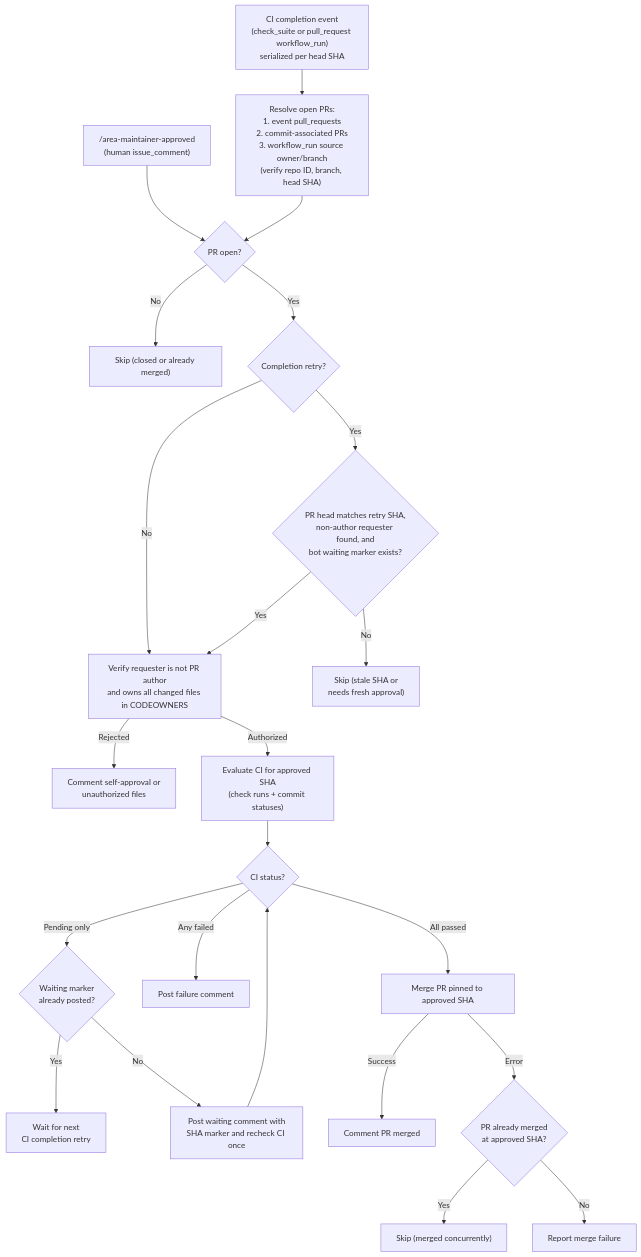
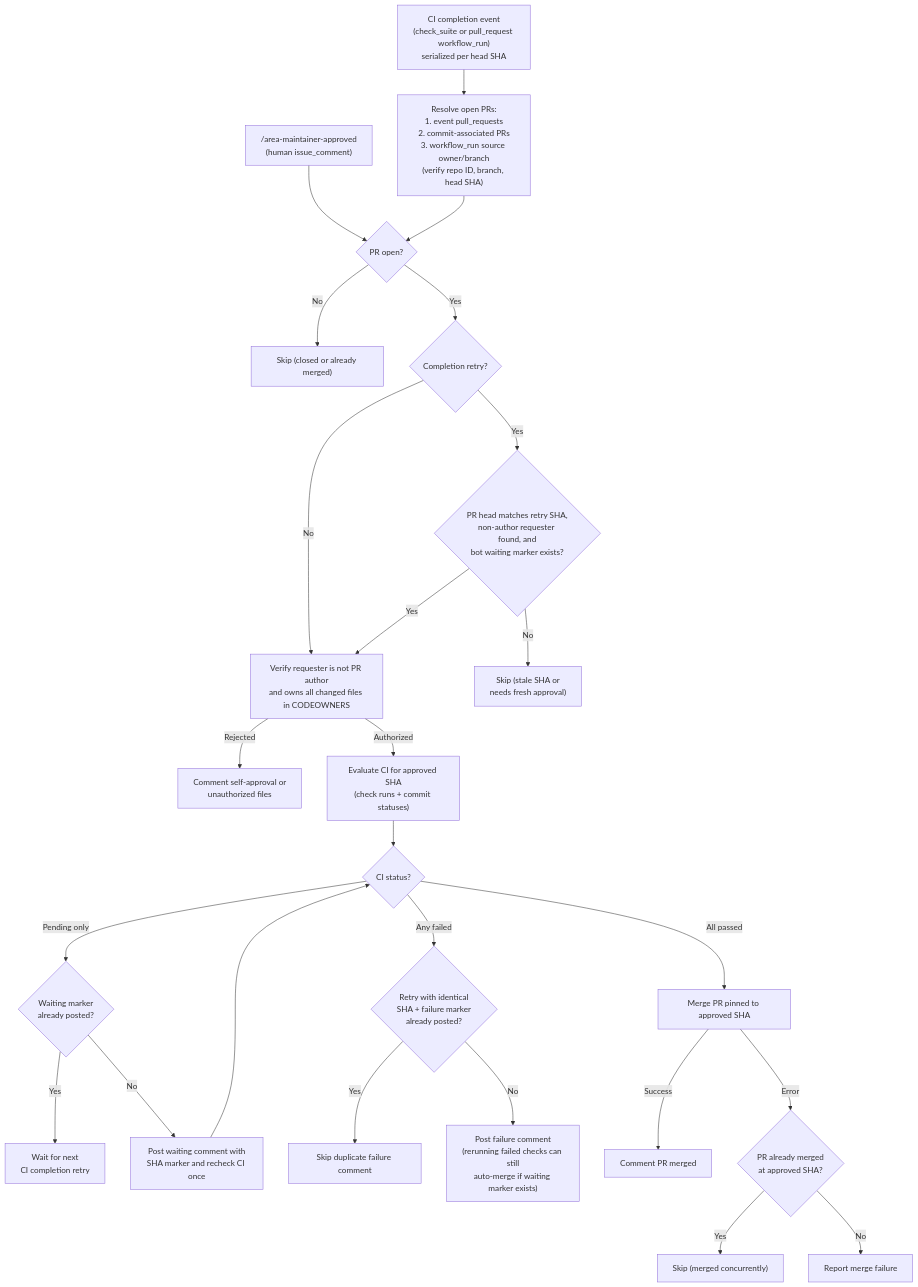
The diagram in docs/developer-guide/areas.md (ovn-kubernetes/ovn-kubernetes), drawn with Mermaid before and after one commit. The commit also changed other lines of this file and 2 other files, not shown here.

First line of the commit message:
area-merge: deduplicate failure comments on retries

````diff
--- a/docs/developer-guide/areas.md
+++ b/docs/developer-guide/areas.md
@@ -92,25 +100,27 @@
 ```mermaid
 flowchart TD
     Comment["/area-maintainer-approved<br/>(human issue_comment)"] --> OpenCheck{"PR open?"}
     Retry["CI completion event<br/>(check_suite or pull_request workflow_run)<br/>serialized per head SHA"] --> Discovery["Resolve open PRs:<br/>1. event pull_requests<br/>2. commit-associated PRs<br/>3. workflow_run source owner/branch<br/>(verify repo ID, branch, head SHA)"]
     Discovery --> OpenCheck
     OpenCheck -->|No| SkipClosed["Skip (closed or already merged)"]
     OpenCheck -->|Yes| RetryPath{"Completion retry?"}
     RetryPath -->|No| Auth["Verify requester is not PR author<br/>and owns all changed files in CODEOWNERS"]
     RetryPath -->|Yes| HeadMarker{"PR head matches retry SHA,<br/>non-author requester found, and<br/>bot waiting marker exists?"}
     HeadMarker -->|No| SkipStale["Skip (stale SHA or<br/>needs fresh approval)"]
     HeadMarker -->|Yes| Auth
     Auth -->|Rejected| CommentRejected["Comment self-approval or<br/>unauthorized files"]
     Auth -->|Authorized| FetchCI["Evaluate CI for approved SHA<br/>(check runs + commit statuses)"]
     FetchCI --> CIState{"CI status?"}
     CIState -->|"Pending only"| HasWait{"Waiting marker<br/>already posted?"}
     HasWait -->|Yes| WaitNext["Wait for next<br/>CI completion retry"]
     HasWait -->|No| PostWait["Post waiting comment with<br/>SHA marker and recheck CI once"]
     PostWait --> CIState
-    CIState -->|"Any failed"| PostFail["Post failure comment"]
+    CIState -->|"Any failed"| FailDedup{"Retry with identical<br/>SHA + failure marker<br/>already posted?"}
+    FailDedup -->|Yes| SkipDup["Skip duplicate failure comment"]
+    FailDedup -->|No| PostFail["Post failure comment<br/>(rerunning failed checks can still<br/>auto-merge if waiting marker exists)"]
     CIState -->|"All passed"| Merge["Merge PR pinned to approved SHA"]
     Merge -->|Success| CommentMerged["Comment PR merged"]
     Merge -->|Error| CheckMerged{"PR already merged<br/>at approved SHA?"}
     CheckMerged -->|Yes| SkipDupMerge["Skip (merged concurrently)"]
     CheckMerged -->|No| FailMerge["Report merge failure"]
 ```
````
